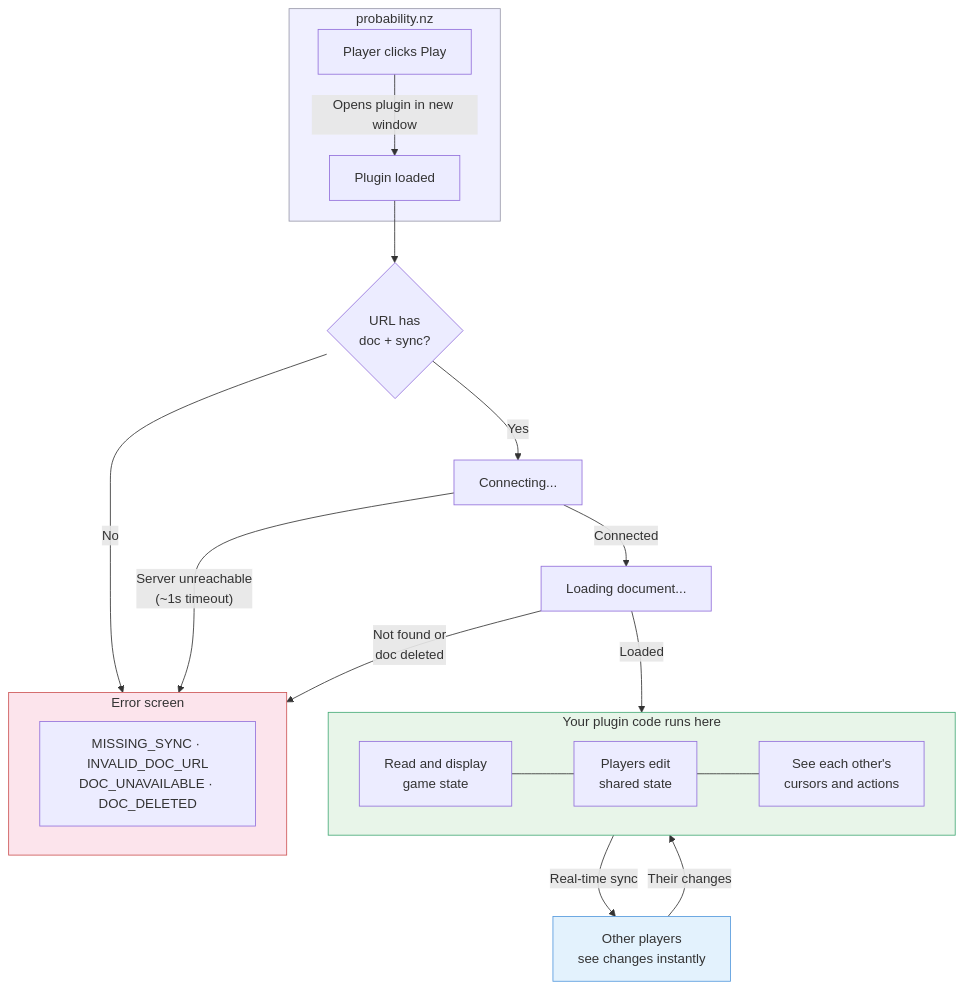
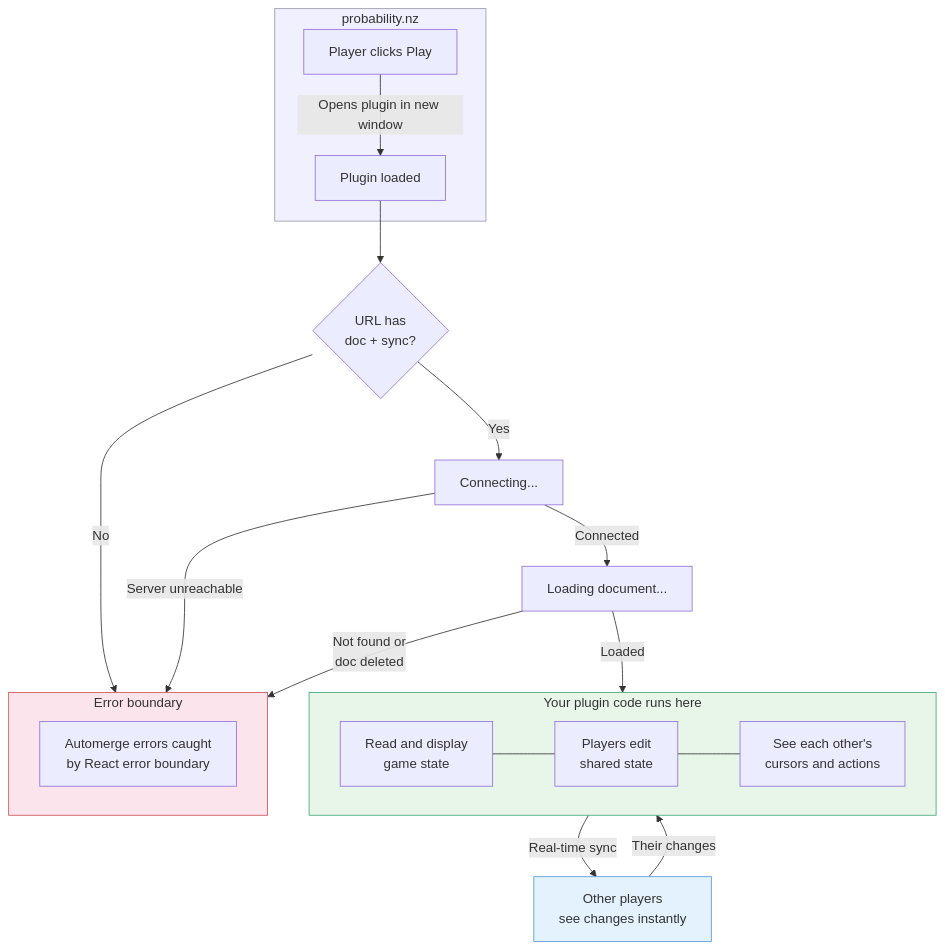
One commit to probability-nz/plugin-sdk changed the diagram in README.md. Above: the diagram before and after it, drawn with Mermaid. The commit also changed other lines of this file and 27 other files, not shown here.

````diff
--- a/README.md
+++ b/README.md
@@ -22,38 +82,38 @@
 ```mermaid
 flowchart TD
     subgraph prob ["probability.nz"]
         A["Player clicks Play"]
         A -- "Opens plugin in new window" --> B["Plugin loaded"]
     end
 
     B --> C{"URL has<br/>doc + sync?"}
     C -- "No" --> Err
 
     C -- "Yes" --> D["Connecting..."]
 
     D -- "Connected" --> E["Loading document..."]
-    D -- "Server unreachable<br/>(~1s timeout)" --> Err
+    D -- "Server unreachable" --> Err
 
     E -- "Not found or<br/>doc deleted" --> Err
     E -- "Loaded" --> Ready
 
     subgraph Ready ["Your plugin code runs here"]
         direction LR
         R1["Read and display<br/>game state"]
         R2["Players edit<br/>shared state"]
         R3["See each other's<br/>cursors and actions"]
         R1 --- R2 --- R3
     end
 
     Ready -- "Real-time sync" --> Peers["Other players<br/>see changes instantly"]
     Peers -- "Their changes" --> Ready
 
-    subgraph Err ["Error screen"]
-        ErrMsg["MISSING_SYNC · INVALID_DOC_URL<br/>DOC_UNAVAILABLE · DOC_DELETED"]
+    subgraph Err ["Error boundary"]
+        ErrMsg["Automerge errors caught<br/>by React error boundary"]
     end
 
     style prob fill:#f0f0ff,stroke:#99a
     style Ready fill:#e8f5e9,stroke:#4a7
     style Err fill:#fce4ec,stroke:#c55
     style Peers fill:#e3f2fd,stroke:#59d
 ```
````
